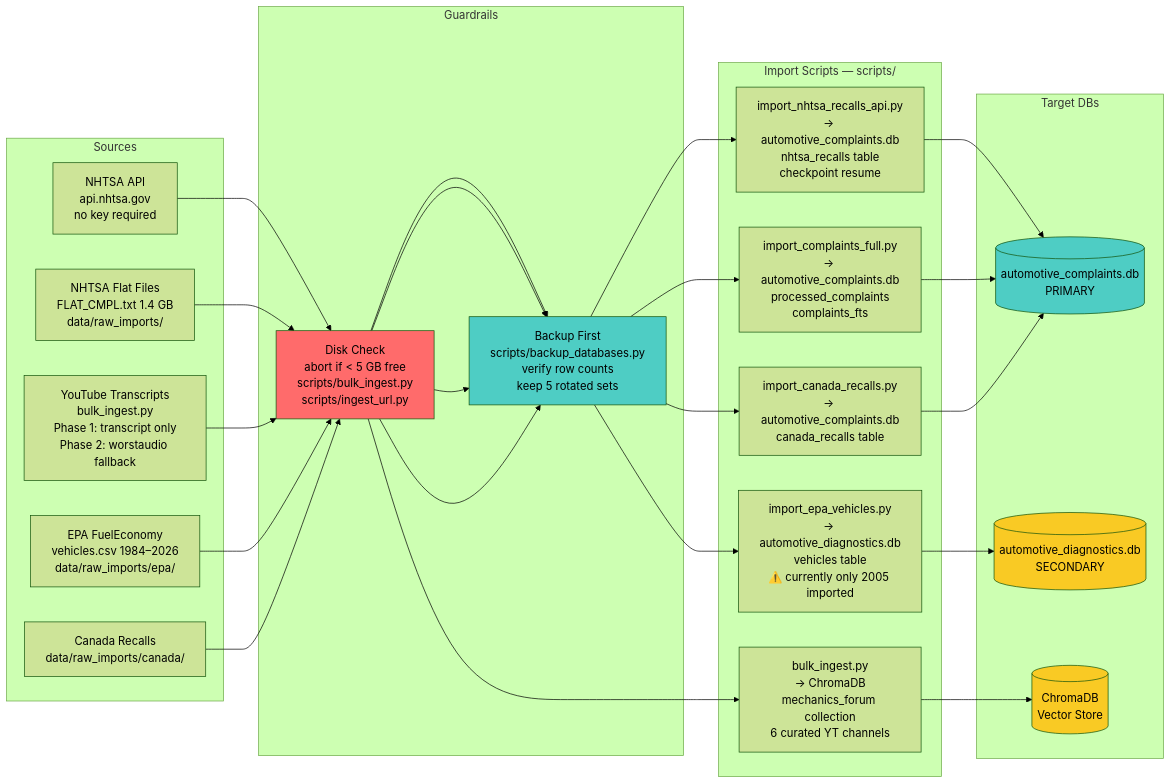
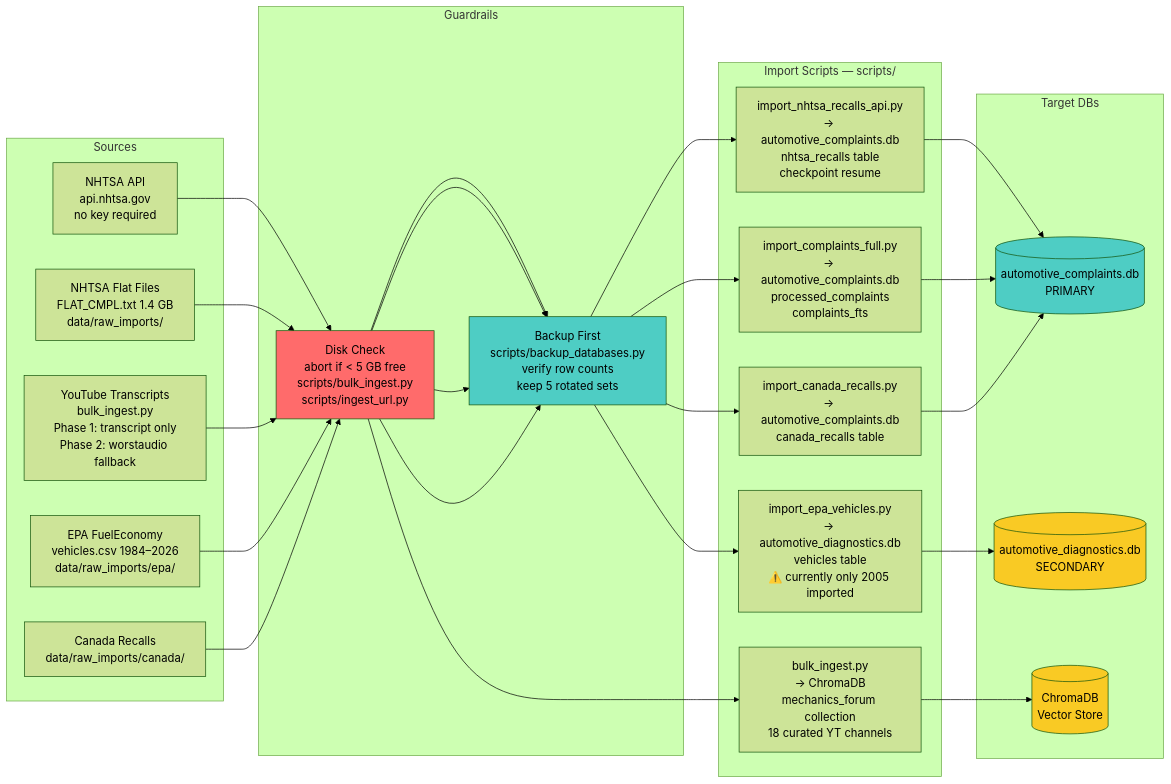
One commit to MrPoteete/automotive-diagnostic-skills changed the fourth of 8 diagrams in .claude/docs/DIAGRAMS.md. Above: the diagram before and after it, drawn with Mermaid (forest theme). The commit also changed other lines of this file and 2 other files, not shown here.

First line of the commit message:
docs: ground-truth DIAGRAMS.md to 2026-03-27 state

````diff
--- a/.claude/docs/DIAGRAMS.md
+++ b/.claude/docs/DIAGRAMS.md
@@ -166,41 +166,41 @@
 ```mermaid
 flowchart LR
     subgraph "Sources"
         N1["NHTSA API\napi.nhtsa.gov\nno key required"]
         N2["NHTSA Flat Files\nFLAT_CMPL.txt 1.4 GB\ndata/raw_imports/"]
         N3["YouTube Transcripts\nbulk_ingest.py\nPhase 1: transcript only\nPhase 2: worstaudio fallback"]
         N4["EPA FuelEconomy\nvehicles.csv 1984–2026\ndata/raw_imports/epa/"]
         N5["Canada Recalls\ndata/raw_imports/canada/"]
     end
 
     subgraph "Guardrails"
         DG["Disk Check\nabort if < 5 GB free\nscripts/bulk_ingest.py\nscripts/ingest_url.py"]
         BK["Backup First\nscripts/backup_databases.py\nverify row counts\nkeep 5 rotated sets"]
     end
 
     subgraph "Import Scripts — scripts/"
         I1["import_nhtsa_recalls_api.py\n→ automotive_complaints.db\nnhtsa_recalls table\ncheckpoint resume"]
         I2["import_complaints_full.py\n→ automotive_complaints.db\nprocessed_complaints\ncomplaints_fts"]
-        I3["bulk_ingest.py\n→ ChromaDB\nmechanics_forum collection\n6 curated YT channels"]
+        I3["bulk_ingest.py\n→ ChromaDB\nmechanics_forum collection\n18 curated YT channels"]
         I4["import_epa_vehicles.py\n→ automotive_diagnostics.db\nvehicles table\n⚠️ currently only 2005 imported"]
         I5["import_canada_recalls.py\n→ automotive_complaints.db\ncanada_recalls table"]
     end
 
     subgraph "Target DBs"
         CD[("automotive_complaints.db\nPRIMARY")]
         DD[("automotive_diagnostics.db\nSECONDARY")]
         CH[("ChromaDB\nVector Store")]
     end
 
     N1 --> DG --> BK --> I1 --> CD
     N2 --> DG --> BK --> I2 --> CD
     N3 --> DG --> I3 --> CH
     N4 --> DG --> BK --> I4 --> DD
     N5 --> DG --> BK --> I5 --> CD
 
     style DG fill:#ff6b6b
     style BK fill:#4ecdc4
     style CD fill:#4ecdc4
     style DD fill:#f9ca24
     style CH fill:#f9ca24
 ```
````
